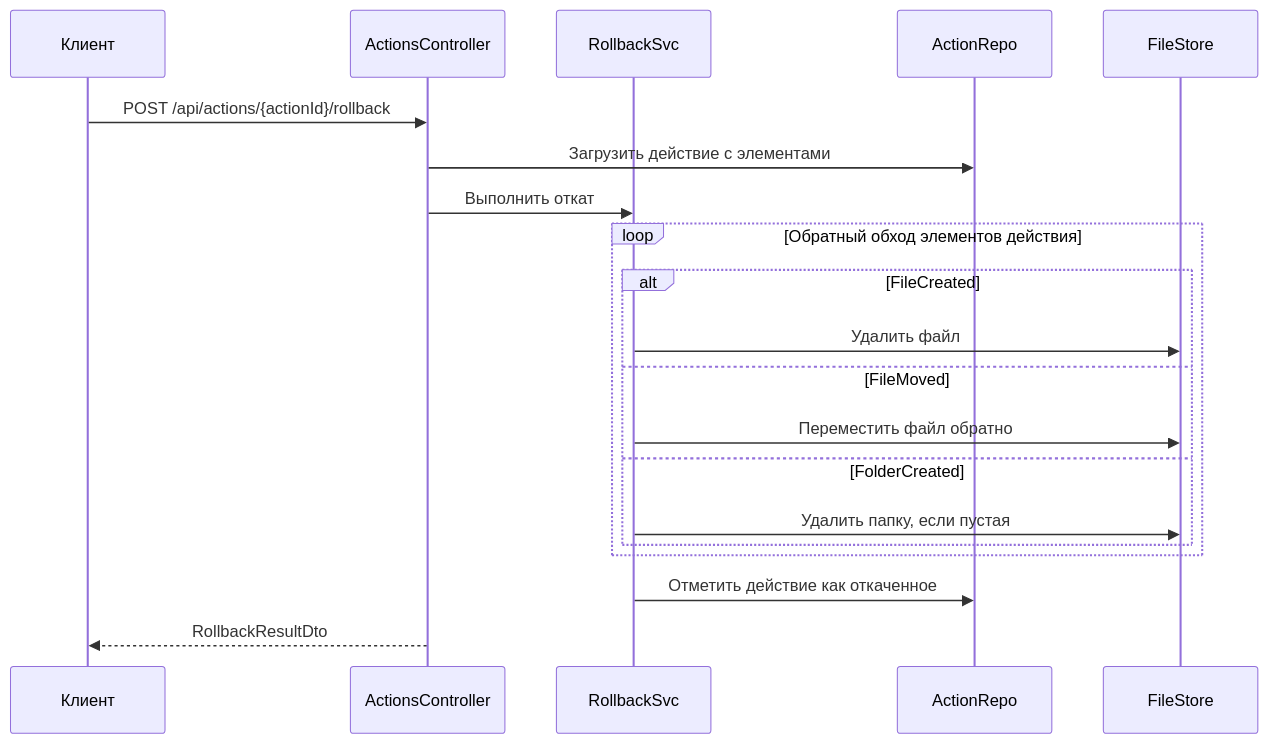
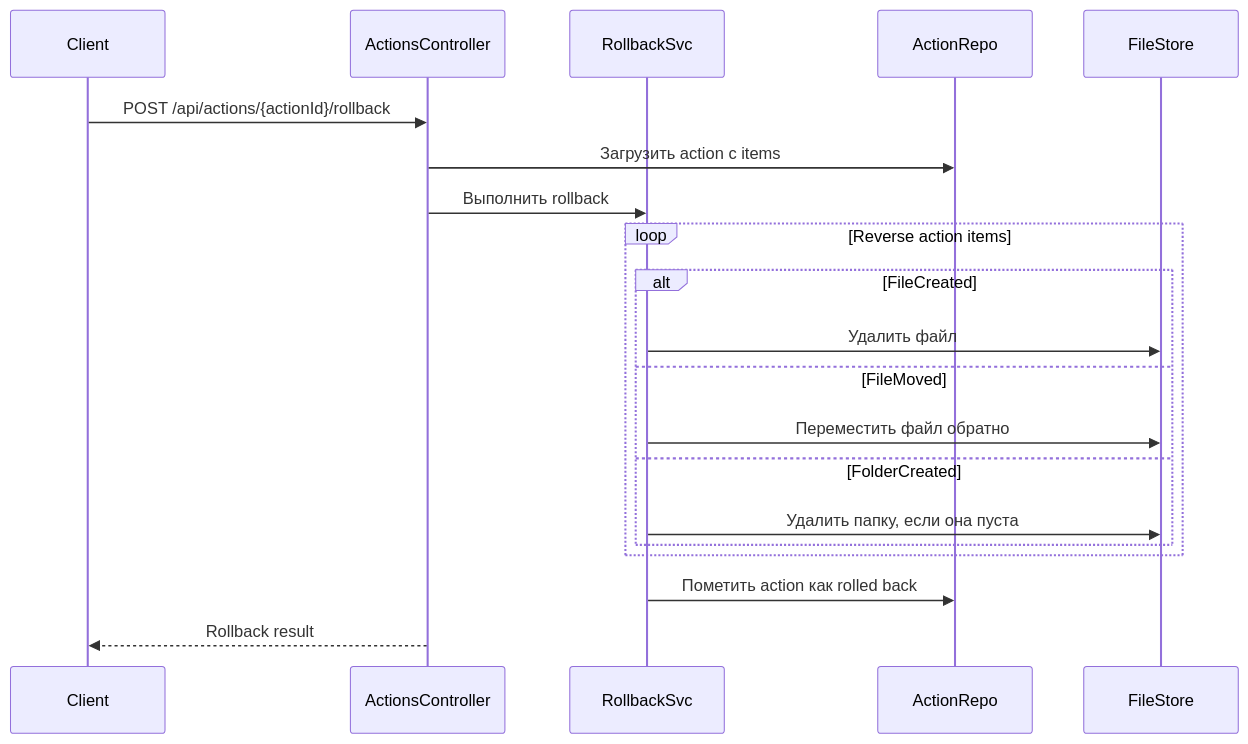
One commit to BarminGeorge/ShuKnow changed the third of 4 diagrams in docs/API_ARCHITECTURE.md. Above: the diagram before and after it, drawn with Mermaid. The commit also changed other lines of this file and 4 other files, not shown here.

````diff
--- a/docs/API_ARCHITECTURE.md
+++ b/docs/API_ARCHITECTURE.md
@@ -87,25 +122,25 @@
 ```mermaid
 sequenceDiagram
-    participant Client as Клиент
+    participant Client
     participant ActionsController
     participant RollbackSvc
     participant ActionRepo
     participant FileStore
 
     Client->>ActionsController: POST /api/actions/{actionId}/rollback
-    ActionsController->>ActionRepo: Загрузить действие с элементами
-    ActionsController->>RollbackSvc: Выполнить откат
+    ActionsController->>ActionRepo: Загрузить action с items
+    ActionsController->>RollbackSvc: Выполнить rollback
 
-    loop Обратный обход элементов действия
+    loop Reverse action items
         alt FileCreated
             RollbackSvc->>FileStore: Удалить файл
         else FileMoved
             RollbackSvc->>FileStore: Переместить файл обратно
         else FolderCreated
-            RollbackSvc->>FileStore: Удалить папку, если пустая
+            RollbackSvc->>FileStore: Удалить папку, если она пуста
         end
     end
 
-    RollbackSvc->>ActionRepo: Отметить действие как откаченное
-    ActionsController-->>Client: RollbackResultDto
+    RollbackSvc->>ActionRepo: Пометить action как rolled back
+    ActionsController-->>Client: Rollback result
 ```
````
